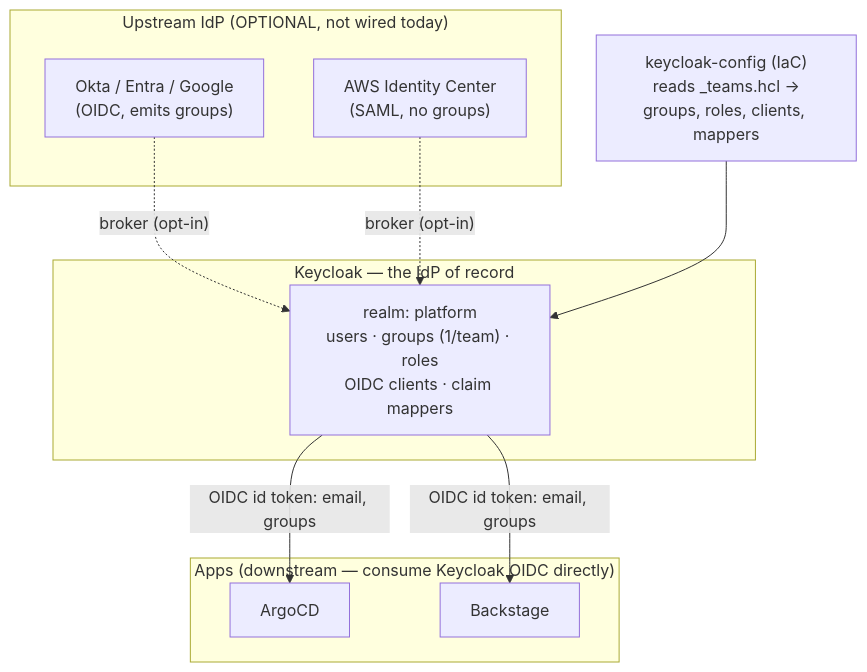
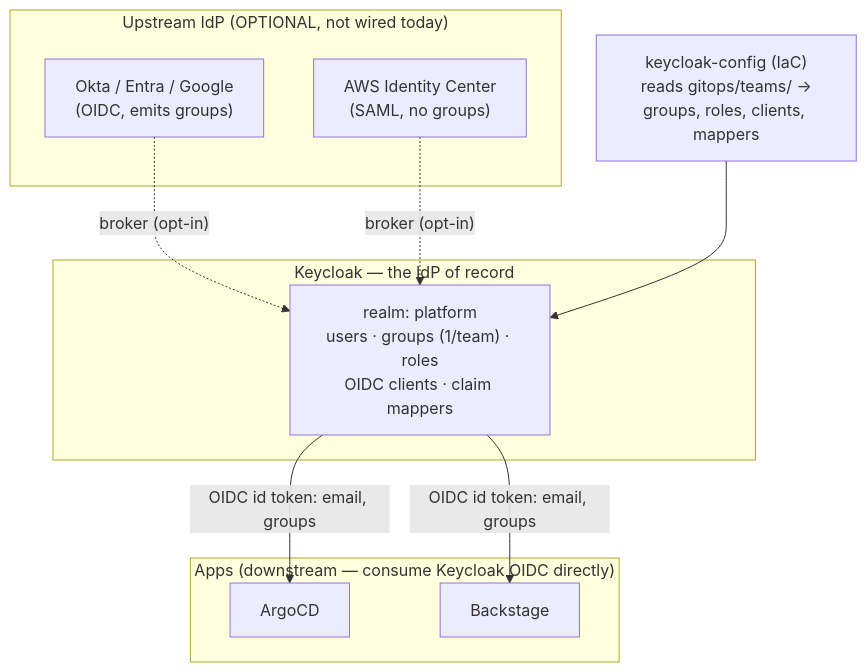
One commit to asanexample/platform changed the diagram in docs/architecture/identity-and-sso.md. Above: the diagram before and after it, drawn with Mermaid. The commit also changed other lines of this file and 34 other files, not shown here.

````diff
--- a/docs/architecture/identity-and-sso.md
+++ b/docs/architecture/identity-and-sso.md
@@ -24,24 +24,24 @@
 ```mermaid
 flowchart TB
     subgraph upstream["Upstream IdP (OPTIONAL, not wired today)"]
         OKTA["Okta / Entra / Google<br/>(OIDC, emits groups)"]
         IDC["AWS Identity Center<br/>(SAML, no groups)"]
     end
 
     subgraph kc["Keycloak — the IdP of record"]
         REALM["realm: platform<br/>users · groups (1/team) · roles<br/>OIDC clients · claim mappers"]
     end
 
-    CFG["keycloak-config (IaC)<br/>reads _teams.hcl →<br/>groups, roles, clients, mappers"]
+    CFG["keycloak-config (IaC)<br/>reads gitops/teams/ →<br/>groups, roles, clients, mappers"]
 
     subgraph apps["Apps (downstream — consume Keycloak OIDC directly)"]
         ARGO["ArgoCD"]
         BS["Backstage"]
     end
 
     OKTA -. "broker (opt-in)" .-> REALM
     IDC -. "broker (opt-in)" .-> REALM
     CFG --> REALM
     REALM -->|OIDC id token: email, groups| ARGO
     REALM -->|OIDC id token: email, groups| BS
 ```
````
